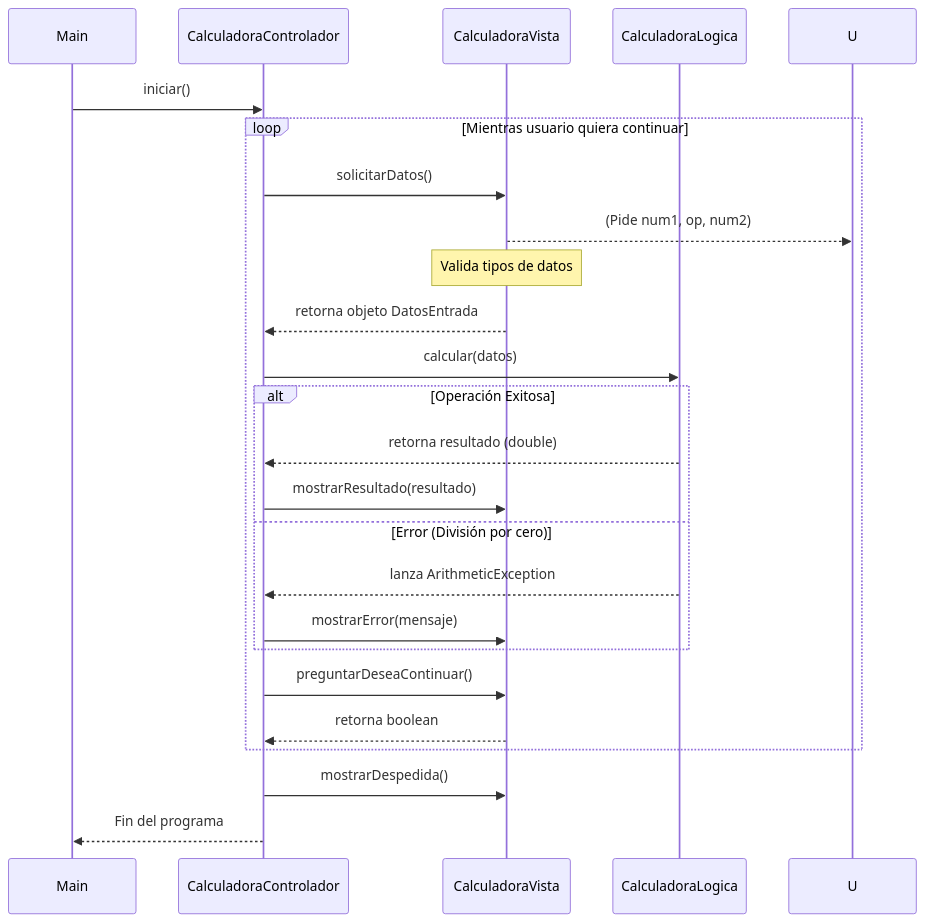
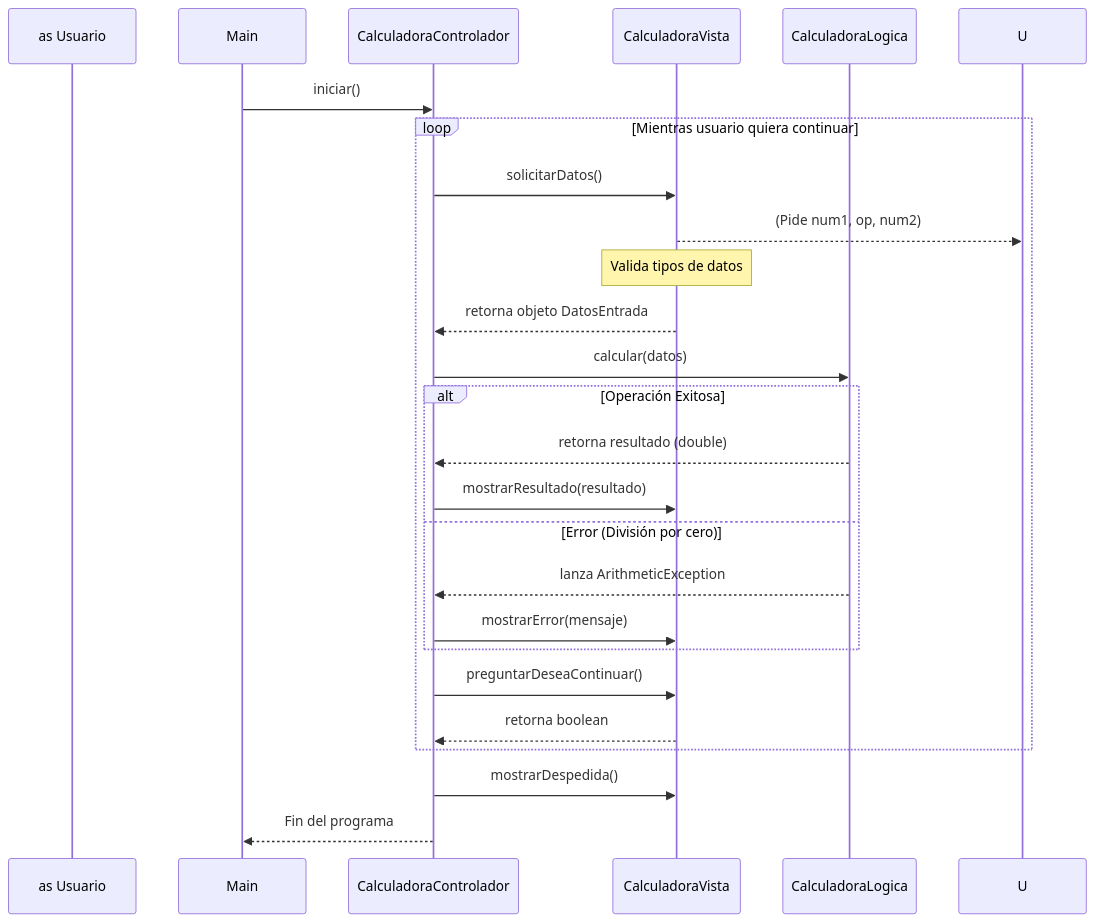
The fourth of 4 diagrams in diagramas_mejorados.md (IveEva/UML_Draw_io), drawn with Mermaid before and after one commit.

````diff
--- a/diagramas_mejorados.md
+++ b/diagramas_mejorados.md
@@ -111,31 +111,32 @@
 ```mermaid
 sequenceDiagram
+    participant as Usuario
     participant M as Main
     participant C as CalculadoraControlador
     participant V as CalculadoraVista
     participant L as CalculadoraLogica
 
     M->>C: iniciar()
     
     loop Mientras usuario quiera continuar
         C->>V: solicitarDatos()
         V-->>U: (Pide num1, op, num2)
         Note over V: Valida tipos de datos
         V-->>C: retorna objeto DatosEntrada
         
         C->>L: calcular(datos)
         alt Operación Exitosa
             L-->>C: retorna resultado (double)
             C->>V: mostrarResultado(resultado)
         else Error (División por cero)
             L-->>C: lanza ArithmeticException
             C->>V: mostrarError(mensaje)
         end
         
         C->>V: preguntarDeseaContinuar()
         V-->>C: retorna boolean
     end
     
     C->>V: mostrarDespedida()
     C-->>M: Fin del programa
 ```
````
